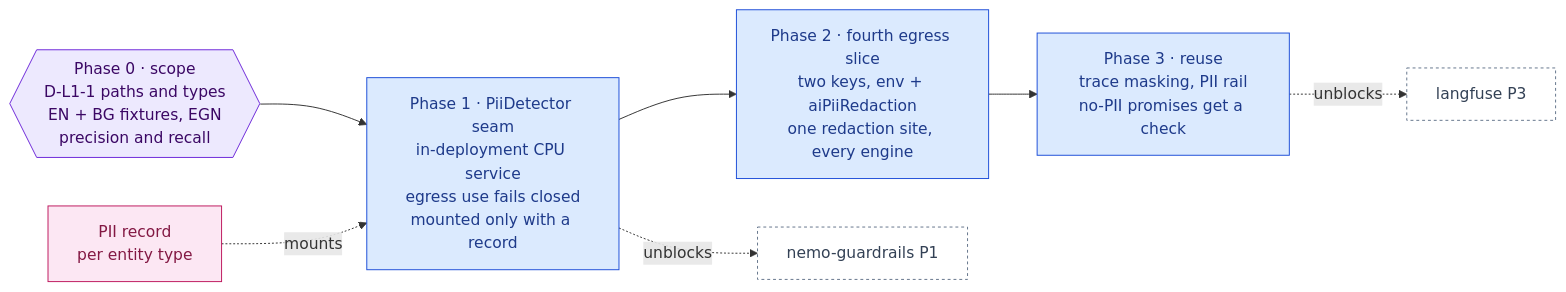
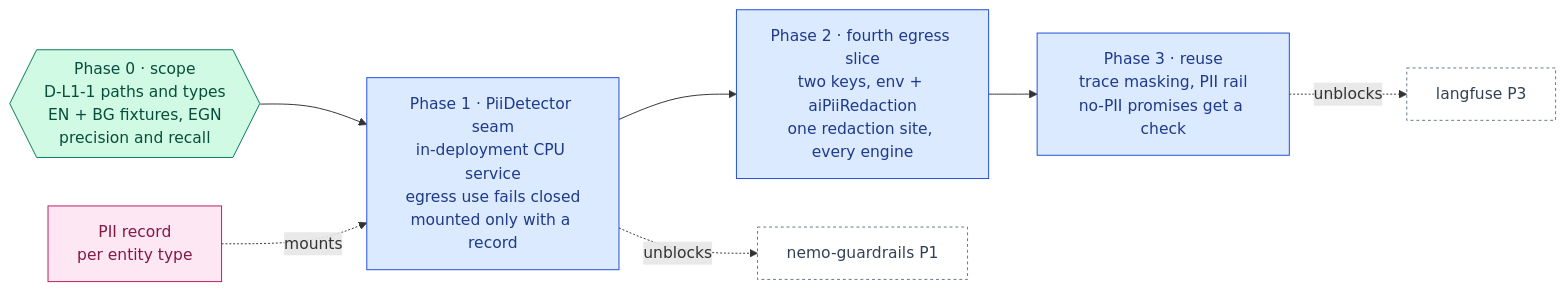
Before and after one commit to RodnaPamet/inflect-compliance: the diagram in docs/ai-architecture/presidio.md, drawn with Mermaid. The commit also changed other lines of this file and 287 other files, not shown here.

First line of the commit message:
AI roadmap waves 0–1: owner decisions, 22 phases built across 15 roadmaps (#5323)

````diff
--- a/docs/ai-architecture/presidio.md
+++ b/docs/ai-architecture/presidio.md
@@ -29,21 +29,21 @@
 ```mermaid
 flowchart LR
-  P0{{"Phase 0 · scope<br/>D-L1-1 paths and types<br/>EN + BG fixtures, EGN<br/>precision and recall"}}:::gate
+  P0{{"Phase 0 · scope<br/>D-L1-1 paths and types<br/>EN + BG fixtures, EGN<br/>precision and recall"}}:::done
   P1["Phase 1 · PiiDetector seam<br/>in-deployment CPU service<br/>egress use fails closed<br/>mounted only with a record"]:::todo
   P2["Phase 2 · fourth egress slice<br/>two keys, env + aiPiiRedaction<br/>one redaction site, every engine"]:::todo
   P3["Phase 3 · reuse<br/>trace masking, PII rail<br/>no-PII promises get a check"]:::todo
   REC["PII record<br/>per entity type"]:::eval
   LU["langfuse P3"]:::ext
   NG["nemo-guardrails P1"]:::ext
   P0 --> P1 --> P2 --> P3
   REC -.->|mounts| P1
   P3 -.->|unblocks| LU
   P1 -.->|unblocks| NG
 
   classDef done fill:#d1fae5,stroke:#047857,color:#064e3b
   classDef todo fill:#dbeafe,stroke:#1d4ed8,color:#1e3a8a
   classDef gate fill:#ede9fe,stroke:#6d28d9,color:#3b0764
   classDef ext fill:#ffffff,stroke:#64748b,color:#334155,stroke-dasharray:3 3
   classDef eval fill:#fce7f3,stroke:#be185d,color:#831843
   classDef declined fill:#f3f4f6,stroke:#6b7280,color:#374151,stroke-dasharray:4 3
 ```
````
